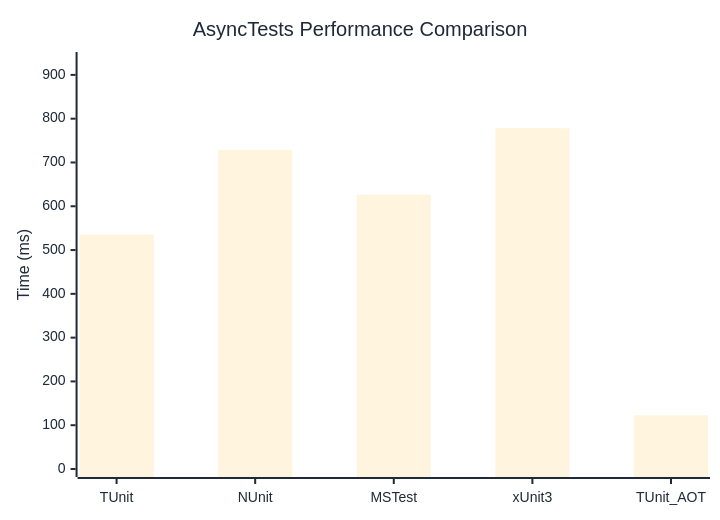
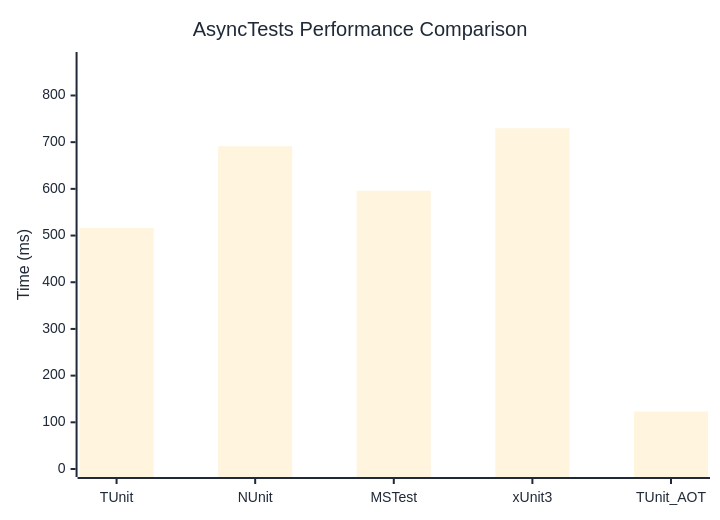
Before and after one commit to thomhurst/TUnit: the diagram in docs/docs/benchmarks/AsyncTests.md, drawn with Mermaid. The commit also changed other lines of this file and 17 other files, not shown here.

````diff
--- a/docs/docs/benchmarks/AsyncTests.md
+++ b/docs/docs/benchmarks/AsyncTests.md
@@ -27,37 +27,37 @@
 ```mermaid
 %%{init: {
   'theme':'base',
   'themeVariables': {
     'primaryColor': '#2563eb',
     'primaryTextColor': '#1f2937',
     'primaryBorderColor': '#1e40af',
     'lineColor': '#6b7280',
     'secondaryColor': '#7c3aed',
     'tertiaryColor': '#dc2626',
     'background': '#ffffff',
     'mainBkg': '#2563eb',
     'secondBkg': '#7c3aed',
     'tertiaryBkg': '#dc2626',
     'clusterBkg': '#f3f4f6',
     'edgeLabelBackground': '#ffffff',
     'tertiaryTextColor': '#1f2937',
     'pie1': '#2563eb',
     'pie2': '#7c3aed',
     'pie3': '#dc2626',
     'pie4': '#f59e0b',
     'pie5': '#10b981',
     'pie6': '#06b6d4',
     'pie7': '#ec4899',
     'pie8': '#6366f1',
     'pie9': '#84cc16',
     'pie10': '#f97316',
     'pie11': '#14b8a6',
     'pie12': '#a855f7'
   }
 }}%%
 xychart-beta
   title "AsyncTests Performance Comparison"
   x-axis ["TUnit", "NUnit", "MSTest", "xUnit3", "TUnit_AOT"]
-  y-axis "Time (ms)" 0 --> 934
-  bar [535.2, 728.6, 626.4, 778.3, 122.7]
+  y-axis "Time (ms)" 0 --> 876
+  bar [516.1, 691.2, 596, 729.8, 123.1]
 ```
````
